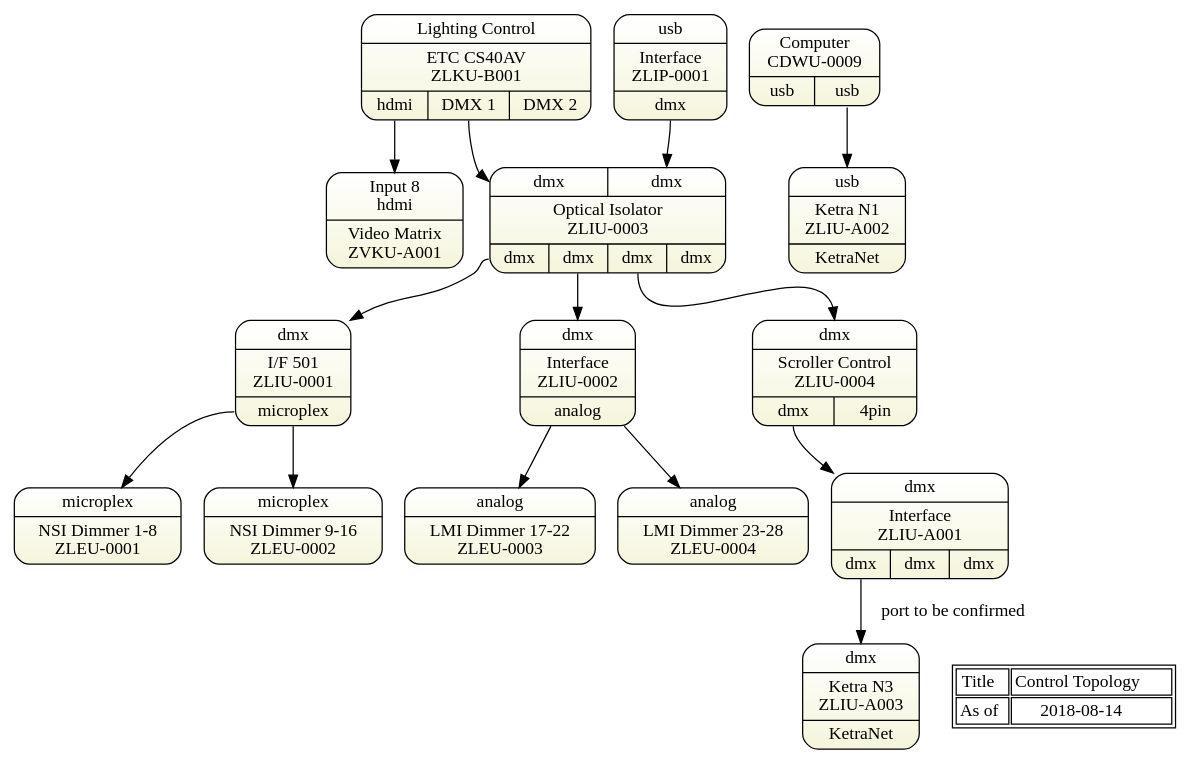
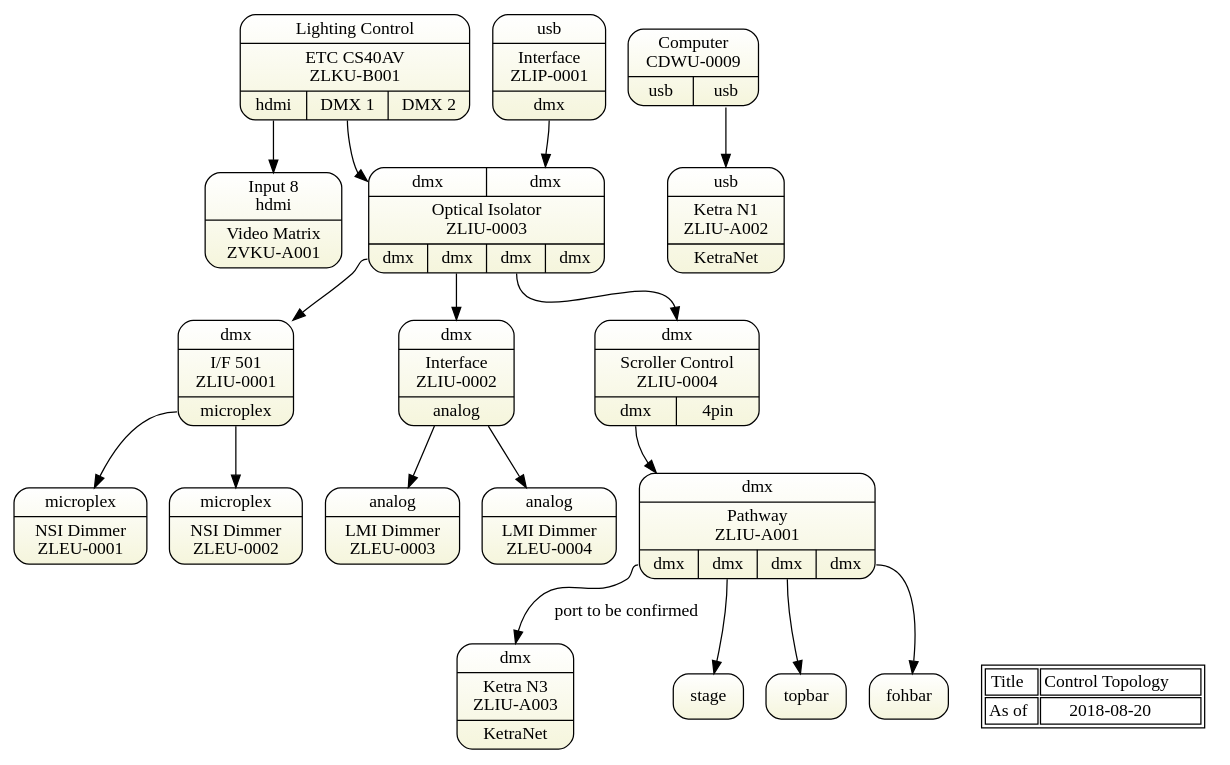
The diagram in sdl-topology1-control.gv (avmaint/uactechdoc), drawn with Graphviz before and after one commit. The commit also changed 3 other files, not shown here.

```diff
--- a/sdl-topology1-control.gv
+++ b/sdl-topology1-control.gv
@@ -1,69 +1,72 @@
 digraph topology1 { 
 graph [overlap = true, fontsize = 10, rankdir=TB 
       tooltip="Control Topology - DMX",
       fontname = Helvetica]
 
 node [shape=Mrecord, tooltip="" , 
       fillcolor="white:beige" , style=filled  
       gradientangle=270]
       
 console [label="{Lighting Control|ETC CS40AV\nZLKU-B001|{<hdmi>hdmi|<dmx1>DMX 1|<dmx2>DMX 2}}"]
 
 computer [label="{{Computer\nCDWU-0009}|{ <o1>usb|<o2>usb }}"]
 
 n1 [label="{<i>usb|Ketra N1\nZLIU-A002|KetraNet}"]
 computer:o2 -> n1:i
 
 matrix [label="{<i>Input 8\nhdmi|Video Matrix\nZVKU-A001}"]
 console:hdmi   -> matrix:i8
 
 optoisolator [label="{{<i1>dmx|<i2>dmx}|Optical Isolator\nZLIU-0003|{<o1>dmx|<o2>dmx|<o3>dmx|<o4>dmx}}"]
 
 interface [label="{<i>dmx|I/F 501\nZLIU-0001|<o>microplex}"] 
 usbdmx [label="{<i>usb|Interface\nZLIP-0001|<o>dmx}"] 
 
 demux [label="{<i>dmx|Interface\nZLIU-0002|analog}"]
 
-pathway [label="{<i>dmx|Interface\nZLIU-A001|{<o1>dmx|<o2>dmx|<o2>dmx}}"]
+pathway [label="{<i>dmx|Pathway\nZLIU-A001|{<o1>dmx|<o2>dmx|<o3>dmx|<o4>dmx}}"]
 
 chromaq [label="{<i>dmx|Scroller Control\nZLIU-0004|{<o1>dmx|<o2>4pin}}"]
 
 n3 [label="{<i>dmx|Ketra N3\nZLIU-A003|<o>KetraNet}"]
 
 chromaq:o1 -> pathway
 pathway:o1 -> n3 [label="port to be confirmed"]
+pathway:o2 -> stage
+pathway:o3 -> topbar
+pathway:o4 -> fohbar
  
-nrd1 [label="{<i>microplex|NSI Dimmer 1-8\nZLEU-0001}"] 
-nrd2 [label="{<i>microplex|NSI Dimmer 9-16\nZLEU-0002}"] 
+nrd1 [label="{<i>microplex|NSI Dimmer\nZLEU-0001}"] 
+nrd2 [label="{<i>microplex|NSI Dimmer\nZLEU-0002}"] 
 
-analogdimmer1 [label="{<i>analog|LMI Dimmer 17-22\nZLEU-0003}"] 
-analogdimmer2 [label="{<i>analog|LMI Dimmer 23-28\nZLEU-0004}"] 
+analogdimmer1 [label="{<i>analog|LMI Dimmer\nZLEU-0003}"] 
+analogdimmer2 [label="{<i>analog|LMI Dimmer\nZLEU-0004}"] 
 
 console:dmx1 -> optoisolator:i1
 
 interface:o -> nrd1:dmx
 interface:o -> nrd2:dmx
 
 optoisolator:o1 -> interface:dmx     
 optoisolator:o2 -> demux:i
 optoisolator:o3 -> chromaq:i
 
 usbdmx:o -> optoisolator:i2
 
 demux -> analogdimmer1
 demux -> analogdimmer2
 
 Node [shape=plaintext, fillcolor=white]
 stamp [label= <<table>
 <tr><td>Title</td>
     <td>Control Topology</td>
 </tr>    
 <tr><td>As of</td>
-    <td>2018-08-14</td>
+    <td>2018-08-20</td>
 </tr>
    
 </table>> ]  
 
 {rank=same; stamp n3}
 {rank=same; console computer}
  } 
```
